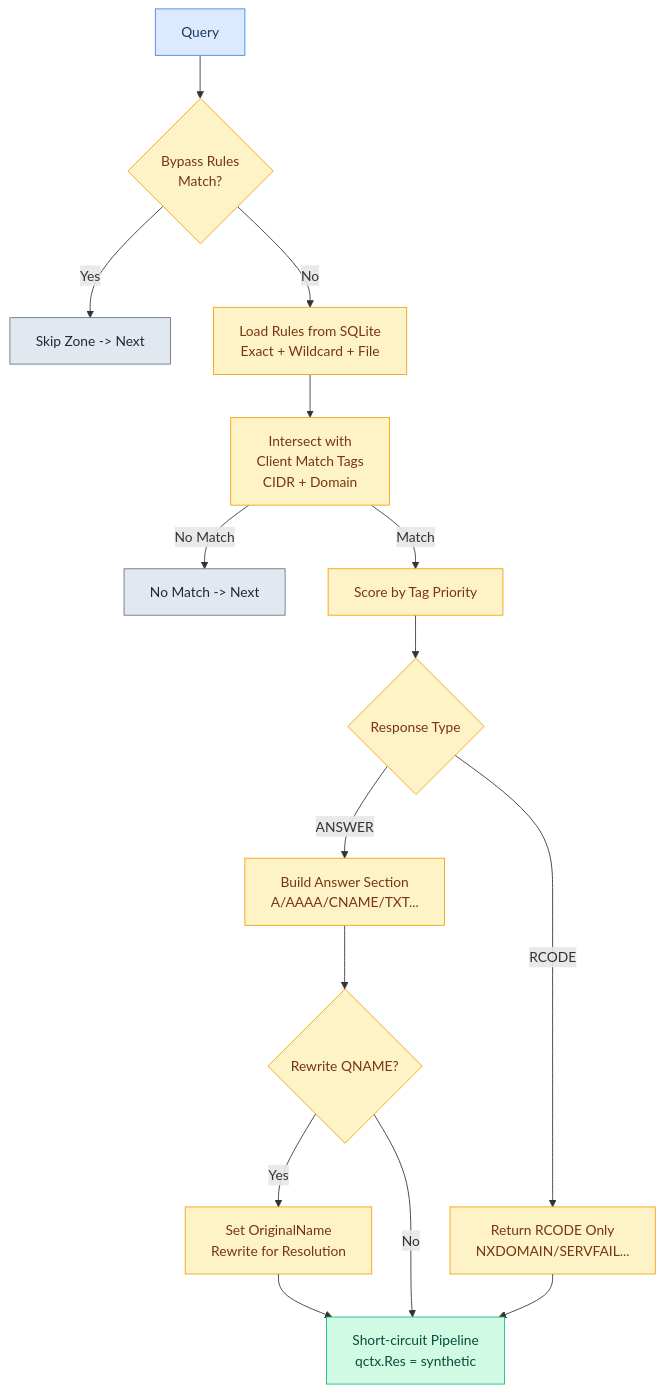
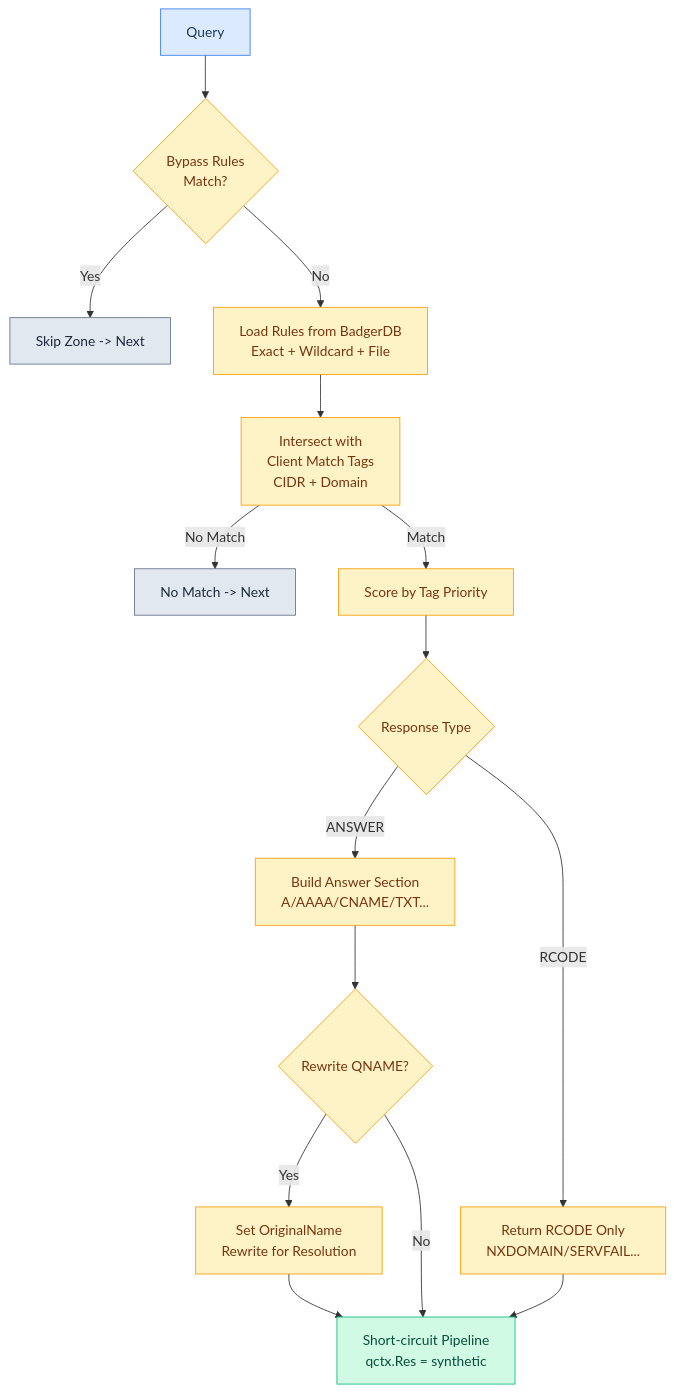
Diagram 15 of 26 in docs/FLOWCHARTS.md (hezhijie0327/ZJDNS), drawn with Mermaid before and after one commit. The commit also changed other lines of this file and 66 other files, not shown here.

Commit message:
refactor: replace SQLite with BadgerDB v4 as unified storage engine

````diff
--- a/docs/FLOWCHARTS.md
+++ b/docs/FLOWCHARTS.md
@@ -386,25 +386,25 @@
 ```mermaid
 graph TD
     Q[Query] --> BYPASS{Bypass Rules<br/>Match?}
     BYPASS -->|Yes| NEXT[Skip Zone -> Next]
-    BYPASS -->|No| LOAD[Load Rules from SQLite<br/>Exact + Wildcard + File]
+    BYPASS -->|No| LOAD[Load Rules from BadgerDB<br/>Exact + Wildcard + File]
     LOAD --> MATCH[Intersect with<br/>Client Match Tags<br/>CIDR + Domain]
     MATCH -->|No Match| NOMATCH[No Match -> Next]
     MATCH -->|Match| SCORE[Score by Tag Priority]
     SCORE --> TYPE{Response Type}
     TYPE -->|ANSWER| BUILDANS[Build Answer Section<br/>A/AAAA/CNAME/TXT...]
     TYPE -->|RCODE| BUILDRC[Return RCODE Only<br/>NXDOMAIN/SERVFAIL...]
     BUILDANS --> REWRITE{Rewrite QNAME?}
     REWRITE -->|Yes| SETNAME[Set OriginalName<br/>Rewrite for Resolution]
     REWRITE -->|No| SHORTCUT[Short-circuit Pipeline<br/>qctx.Res = synthetic]
     BUILDRC --> SHORTCUT
     SETNAME --> SHORTCUT
     classDef start fill:#dbeafe,stroke:#3b82f6,color:#1e3a5f
     classDef proc fill:#fef3c7,stroke:#f59e0b,color:#78350f
     classDef match fill:#d1fae5,stroke:#10b981,color:#064e3b
     classDef nomatch fill:#e2e8f0,stroke:#64748b,color:#1e293b
     class Q start
     class BYPASS,LOAD,MATCH,SCORE,TYPE,BUILDANS,BUILDRC,REWRITE,SETNAME proc
     class SHORTCUT match
     class NOMATCH,NEXT nomatch
 ```
````
